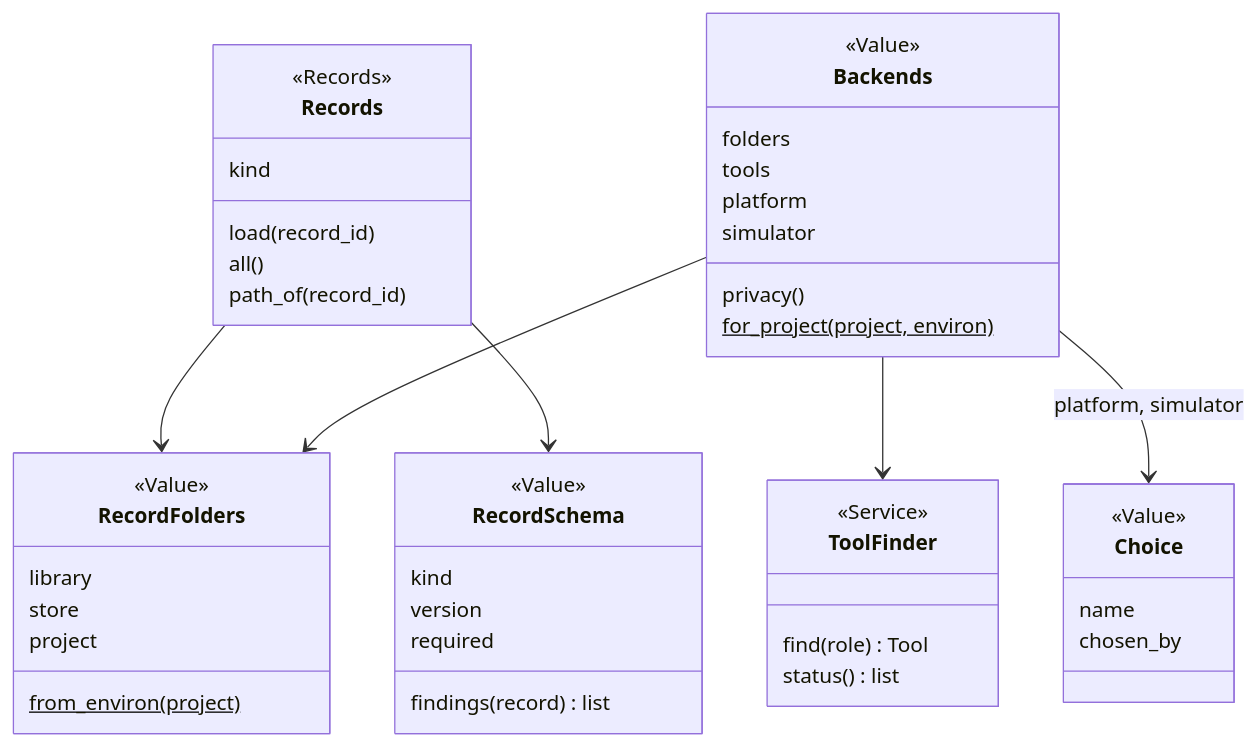
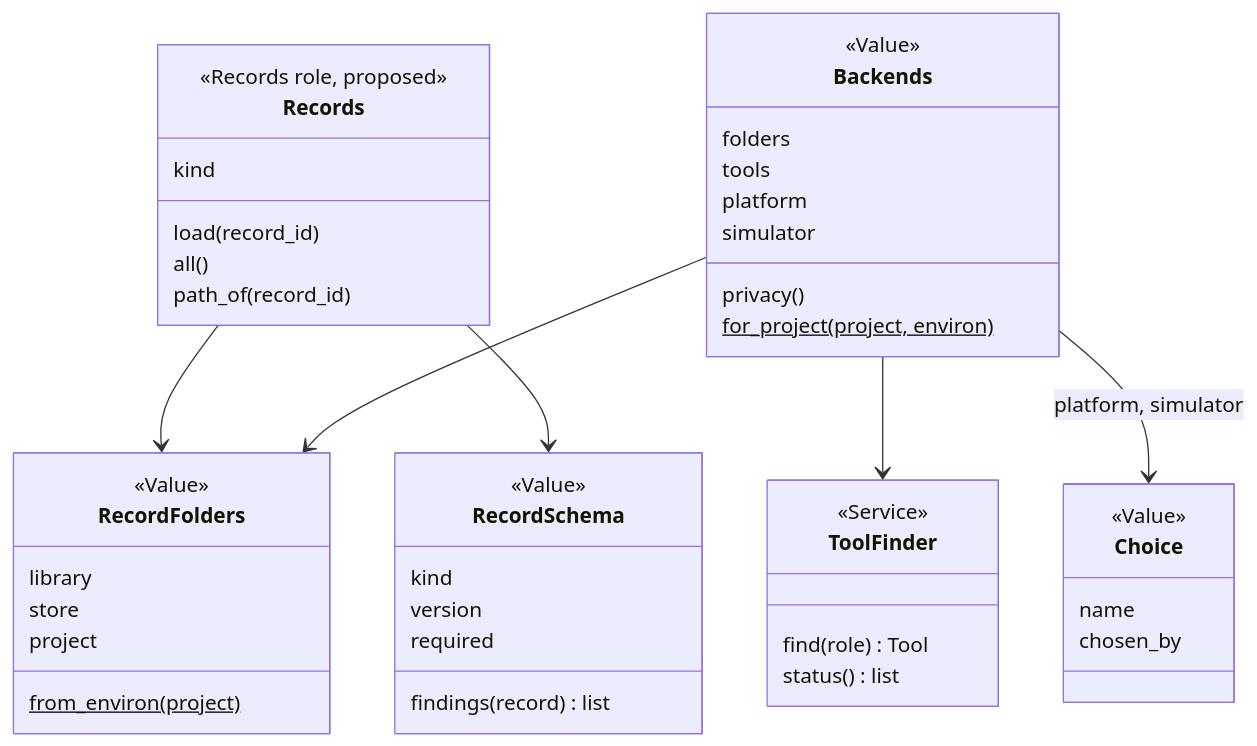
One commit to xmejkal/spark changed the first of 2 diagrams in docs/discovery/2026-10-19-p323-target-architecture/architecture/areas/records.md. Above: the diagram before and after it, drawn with Mermaid. The commit also changed other lines of this file and 13 other files, not shown here.

````diff
--- a/docs/discovery/2026-10-19-p323-target-architecture/architecture/areas/records.md
+++ b/docs/discovery/2026-10-19-p323-target-architecture/architecture/areas/records.md
@@ -58,48 +52,48 @@
 ```mermaid
 classDiagram
   class RecordFolders {
     <<Value>>
     library
     store
     project
     from_environ(project)$
   }
   class Records {
-    <<Records>>
+    <<Records role, proposed>>
     kind
     load(record_id)
     all()
     path_of(record_id)
   }
   class RecordSchema {
     <<Value>>
     kind
     version
     required
     findings(record) list
   }
   class ToolFinder {
     <<Service>>
     find(role) Tool
     status() list
   }
   class Backends {
     <<Value>>
     folders
     tools
     platform
     simulator
     privacy()
     for_project(project, environ)$
   }
   class Choice {
     <<Value>>
     name
     chosen_by
   }
   Records --> RecordFolders
   Records --> RecordSchema
   Backends --> RecordFolders
   Backends --> ToolFinder
   Backends --> Choice : platform, simulator
 ```
````
